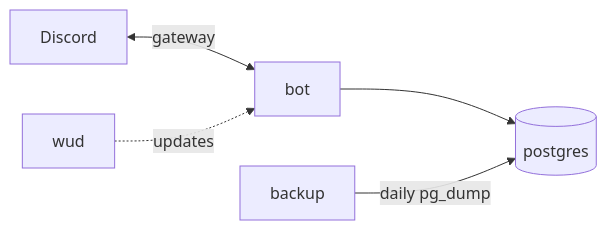
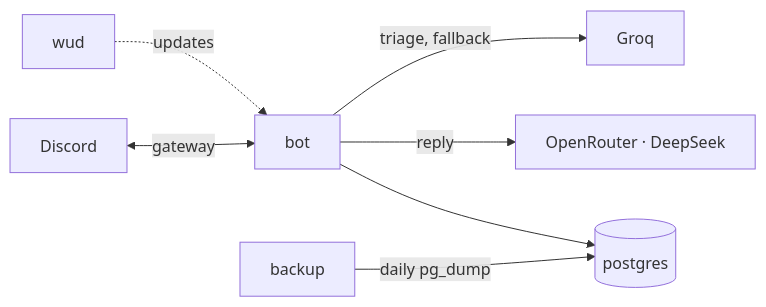
The first of 2 diagrams in docs/ARCHITECTURE.md (LeoBdt/ARCHIVE-9), drawn with Mermaid before and after one commit. The commit also changed other lines of this file and 63 other files, not shown here.

Commit message:
feat(bot): archive messages and reply through triage and AI fallback

````diff
--- a/docs/ARCHITECTURE.md
+++ b/docs/ARCHITECTURE.md
@@ -5,7 +5,9 @@
 ```mermaid
 flowchart LR
   D[Discord] <-->|gateway| BOT[bot]
   BOT --> PG[(postgres)]
+  BOT -->|reply| OR[OpenRouter · DeepSeek]
+  BOT -->|triage, fallback| G[Groq]
   BK[backup] -->|daily pg_dump| PG
   WUD[wud] -.updates.-> BOT
 ```
````
